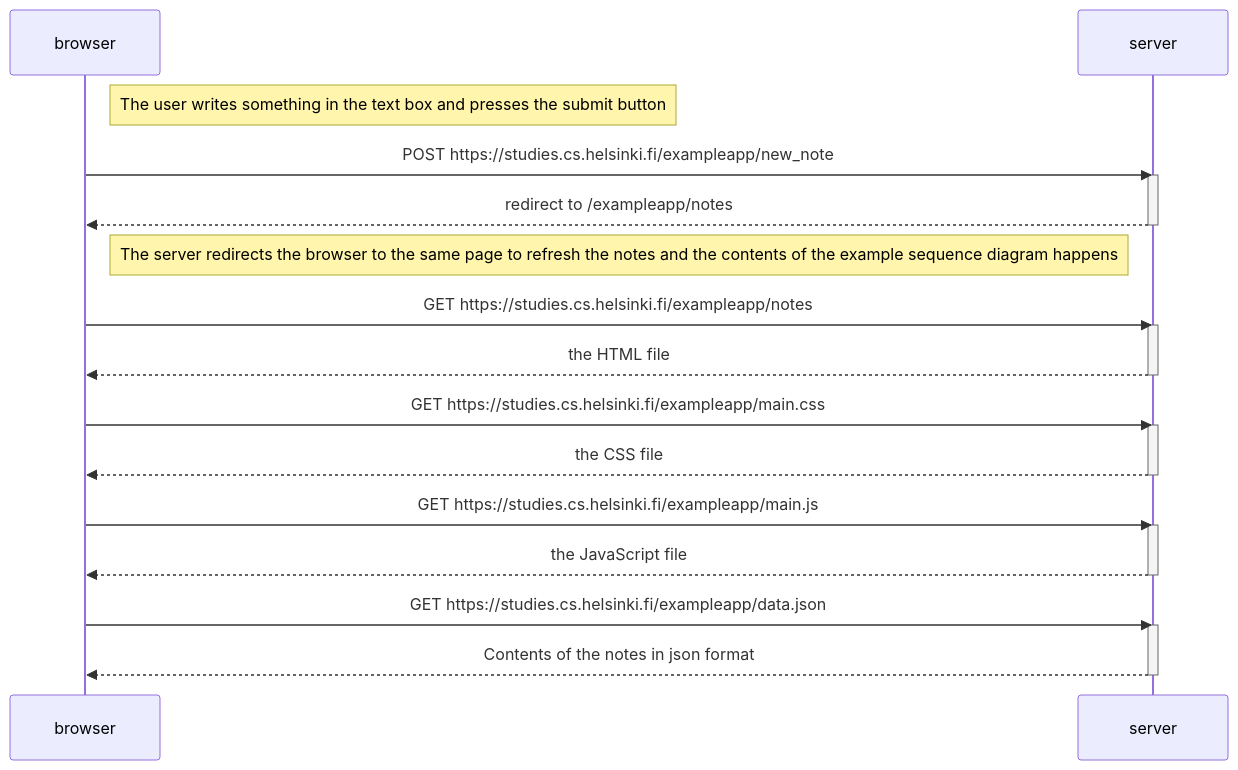
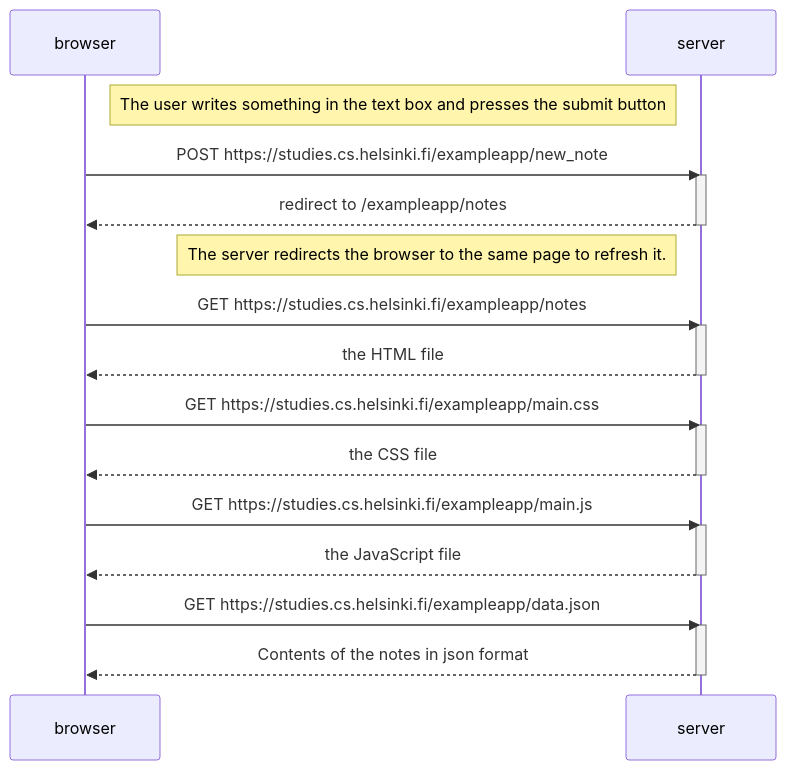
Before and after one commit to PekkaKalpio/Palautusrepositorio: the diagram in Osa0/04_sekvenssikaavio.md, drawn with Mermaid.

Commit message:
tehtävä v1.2

````diff
--- a/Osa0/04_sekvenssikaavio.md
+++ b/Osa0/04_sekvenssikaavio.md
@@ -1,36 +1,36 @@
 ```mermaid
 sequenceDiagram
     participant browser
     participant server
 
     Note right of browser: The user writes something in the text box and presses the submit button
 
     browser->>server: POST https://studies.cs.helsinki.fi/exampleapp/new_note
     activate server
     server-->>browser: redirect to /exampleapp/notes
     deactivate server
 
-    Note right of browser: The server redirects the browser to the same page to refresh the notes and the contents of the example sequence diagram happens
+    Note left of server: The server redirects the browser to the same page to refresh it.
     
     browser->>server: GET https://studies.cs.helsinki.fi/exampleapp/notes
     activate server
     server-->>browser: the HTML file
     deactivate server
     
     browser->>server: GET https://studies.cs.helsinki.fi/exampleapp/main.css
     activate server
     server-->>browser: the CSS file
     deactivate server
 
     browser->>server: GET https://studies.cs.helsinki.fi/exampleapp/main.js
     activate server
     server-->>browser: the JavaScript file
     deactivate server
         
     browser->>server: GET https://studies.cs.helsinki.fi/exampleapp/data.json
     activate server
     server-->>browser: Contents of the notes in json format
     deactivate server    
 
 
 ```
````
